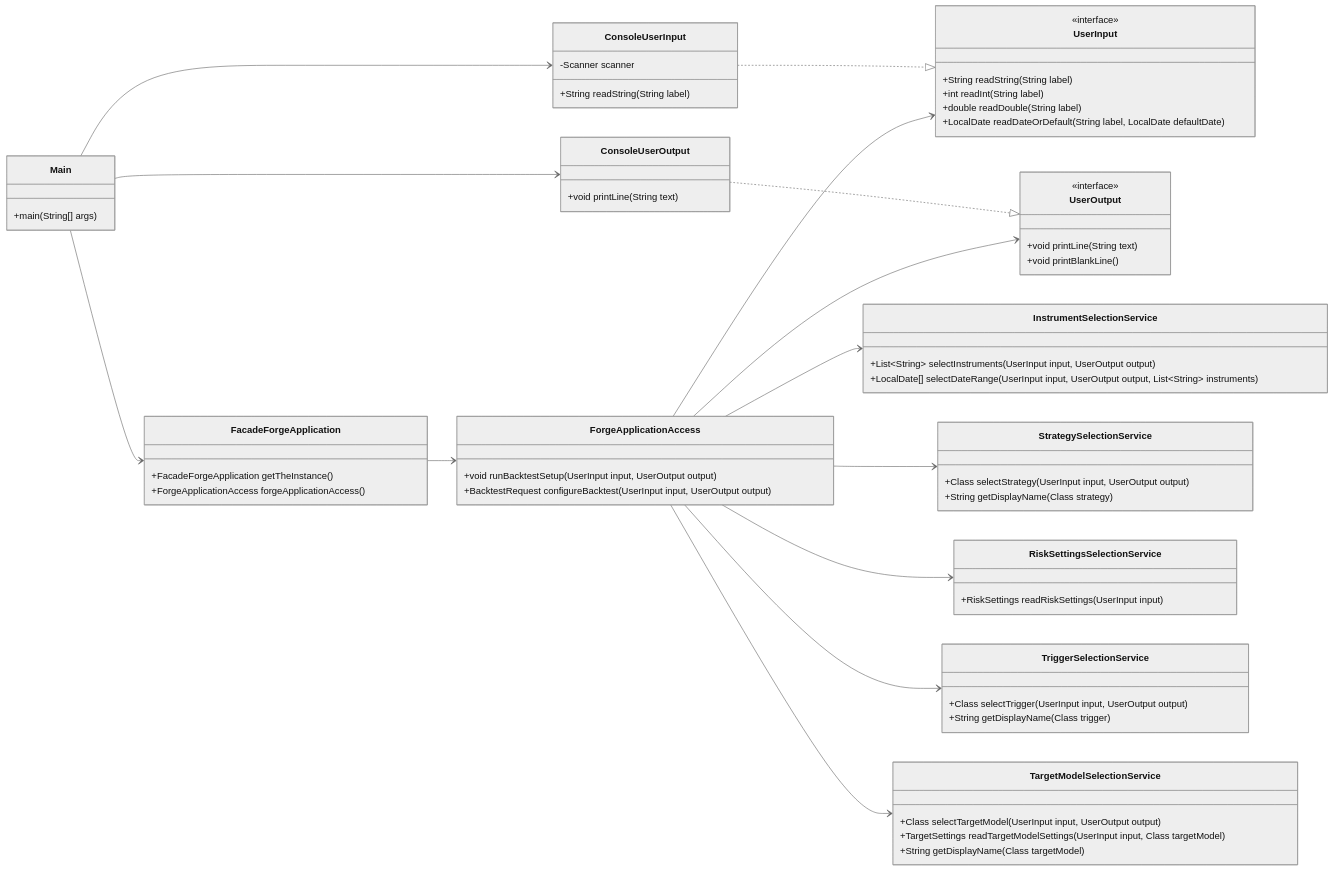
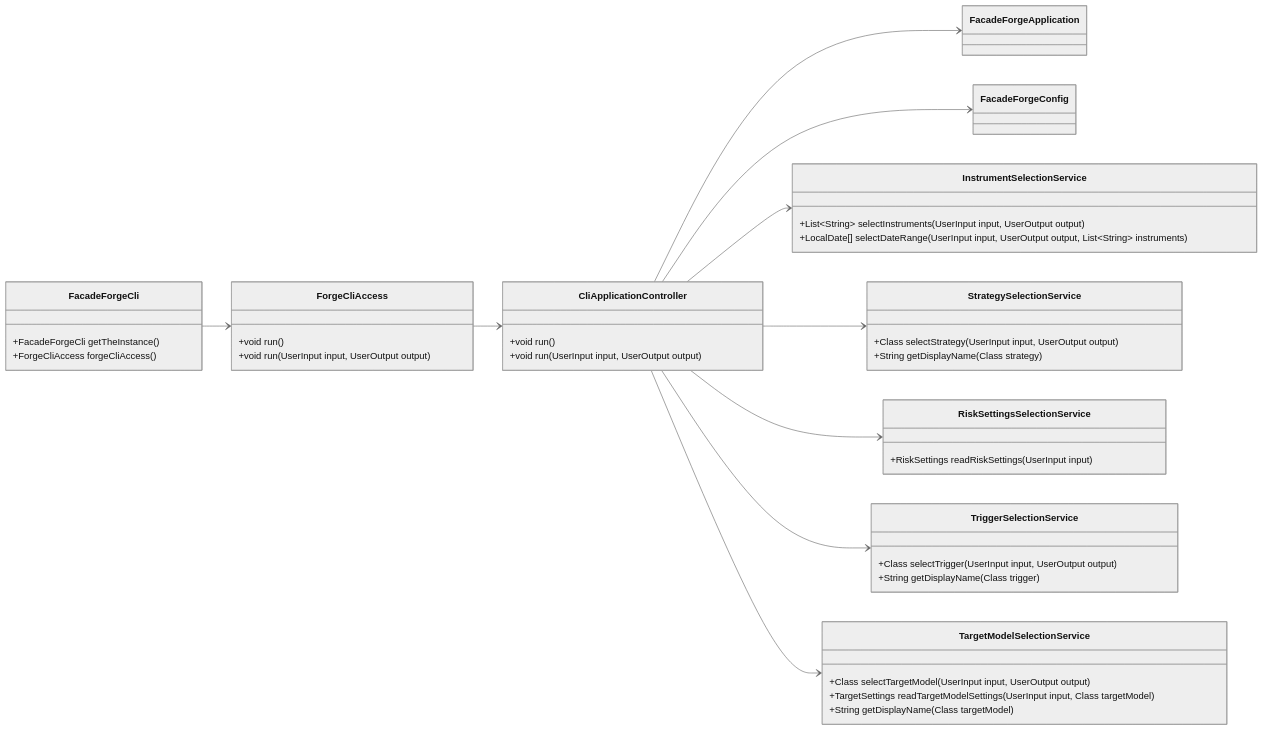
One commit to probst-paul/FORGE changed the fourth of 14 diagrams in class-model.md. Above: the diagram before and after it, drawn with Mermaid (neutral theme). The commit also changed other lines of this file and 10 other files, not shown here.

First line of the commit message:
Add CLI facade/controller and data import

````diff
--- a/class-model.md
+++ b/class-model.md
@@ -119,80 +197,54 @@
 ```mermaid
 classDiagram
     direction LR
 
-    class Main {
-        +main(String[] args)
+    class FacadeForgeCli {
+        +FacadeForgeCli getTheInstance()
+        +ForgeCliAccess forgeCliAccess()
     }
 
-    class FacadeForgeApplication {
-        +FacadeForgeApplication getTheInstance()
-        +ForgeApplicationAccess forgeApplicationAccess()
+    class ForgeCliAccess {
+        +void run()
+        +void run(UserInput input, UserOutput output)
     }
 
-    class ForgeApplicationAccess {
-        +void runBacktestSetup(UserInput input, UserOutput output)
-        +BacktestRequest configureBacktest(UserInput input, UserOutput output)
+    class CliApplicationController {
+        +void run()
+        +void run(UserInput input, UserOutput output)
     }
 
     class InstrumentSelectionService {
         +List~String~ selectInstruments(UserInput input, UserOutput output)
         +LocalDate[] selectDateRange(UserInput input, UserOutput output, List~String~ instruments)
     }
 
     class StrategySelectionService {
         +Class selectStrategy(UserInput input, UserOutput output)
         +String getDisplayName(Class strategy)
     }
 
     class RiskSettingsSelectionService {
         +RiskSettings readRiskSettings(UserInput input)
     }
 
     class TriggerSelectionService {
         +Class selectTrigger(UserInput input, UserOutput output)
         +String getDisplayName(Class trigger)
     }
 
     class TargetModelSelectionService {
         +Class selectTargetModel(UserInput input, UserOutput output)
         +TargetSettings readTargetModelSettings(UserInput input, Class targetModel)
         +String getDisplayName(Class targetModel)
     }
 
-    class UserInput {
-        <<interface>>
-        +String readString(String label)
-        +int readInt(String label)
-        +double readDouble(String label)
-        +LocalDate readDateOrDefault(String label, LocalDate defaultDate)
-    }
-
-    class ConsoleUserInput {
-        -Scanner scanner
-        +String readString(String label)
-    }
-
-    class UserOutput {
-        <<interface>>
-        +void printLine(String text)
-        +void printBlankLine()
-    }
-
-    class ConsoleUserOutput {
-        +void printLine(String text)
-    }
-
-    Main --> FacadeForgeApplication
-    Main --> ConsoleUserInput
-    Main --> ConsoleUserOutput
-    ConsoleUserInput ..|> UserInput
-    ConsoleUserOutput ..|> UserOutput
-    FacadeForgeApplication --> ForgeApplicationAccess
-    ForgeApplicationAccess --> UserInput
-    ForgeApplicationAccess --> UserOutput
-    ForgeApplicationAccess --> InstrumentSelectionService
-    ForgeApplicationAccess --> StrategySelectionService
-    ForgeApplicationAccess --> RiskSettingsSelectionService
-    ForgeApplicationAccess --> TriggerSelectionService
-    ForgeApplicationAccess --> TargetModelSelectionService
+    FacadeForgeCli --> ForgeCliAccess
+    ForgeCliAccess --> CliApplicationController
+    CliApplicationController --> FacadeForgeApplication
+    CliApplicationController --> FacadeForgeConfig
+    CliApplicationController --> InstrumentSelectionService
+    CliApplicationController --> StrategySelectionService
+    CliApplicationController --> RiskSettingsSelectionService
+    CliApplicationController --> TriggerSelectionService
+    CliApplicationController --> TargetModelSelectionService
 ```
````
